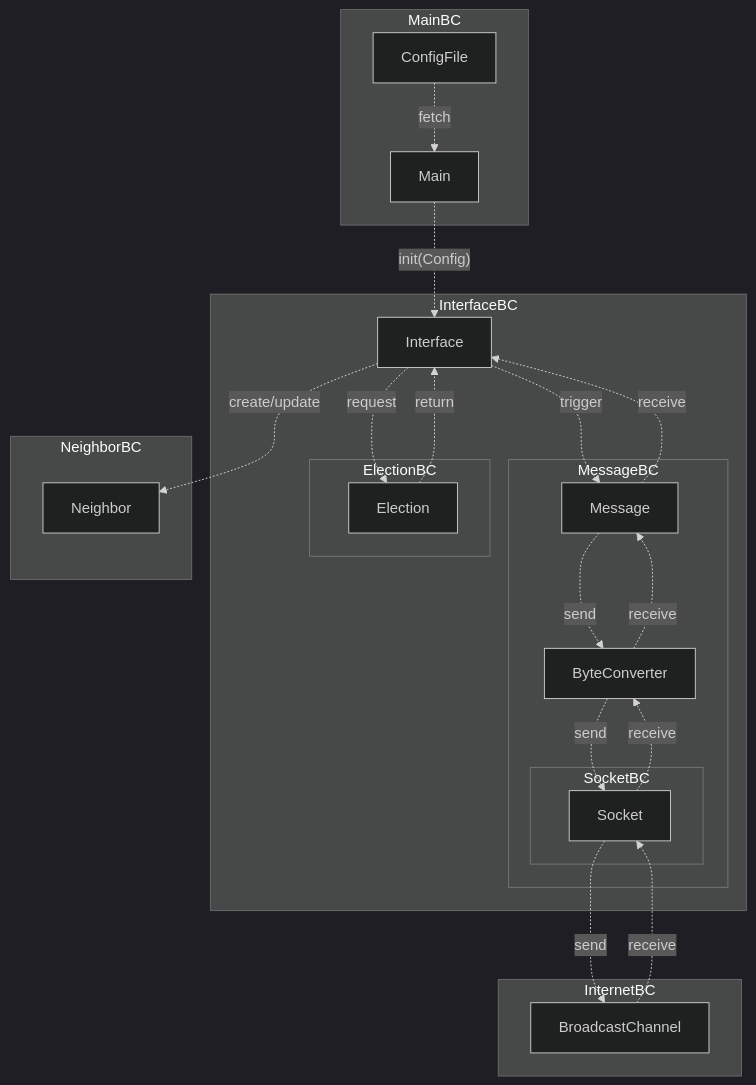
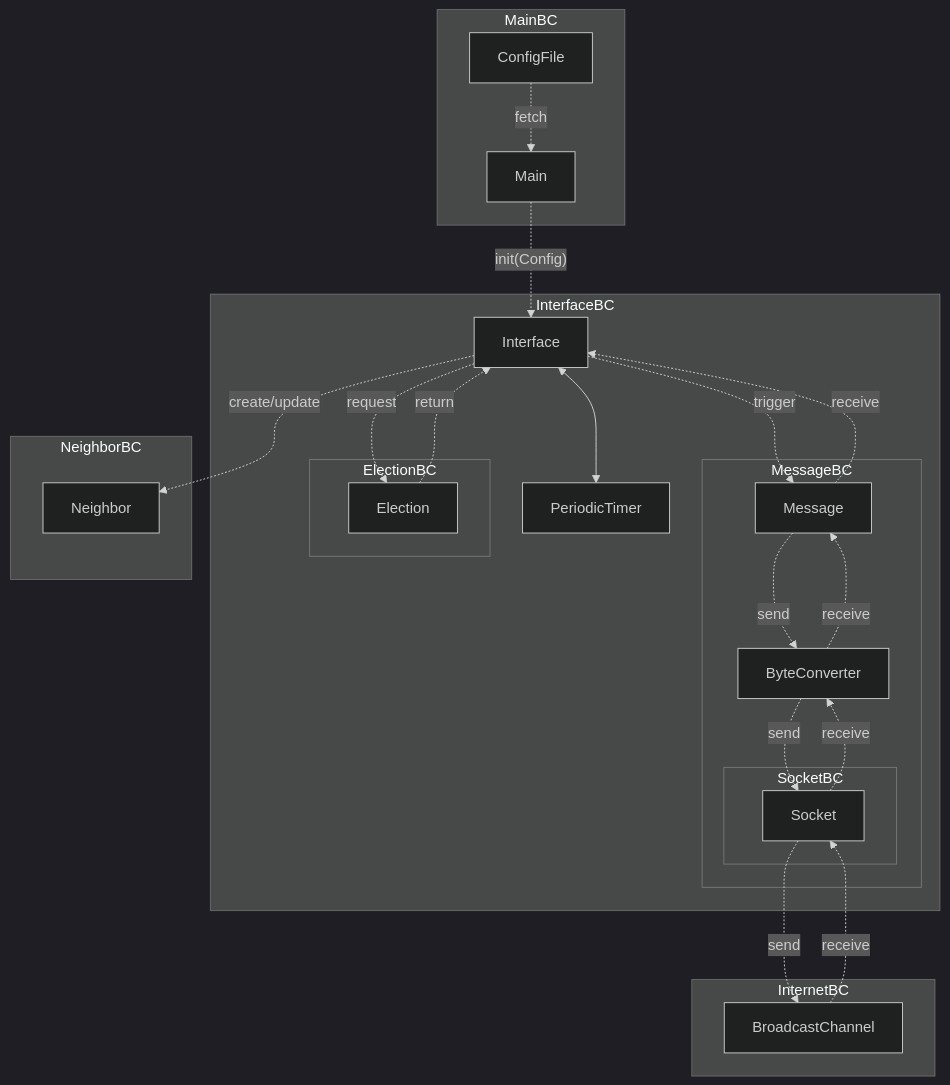
One commit to aniemela-cloud/uh-ds-g9-project changed the diagram in Documentation/Graphs/TopLevelFlow.md. Above: the diagram before and after it, drawn with Mermaid (dark theme).

Commit message:
Added PeriodicTimer

````diff
--- a/Documentation/Graphs/TopLevelFlow.md
+++ b/Documentation/Graphs/TopLevelFlow.md
@@ -1,58 +1,61 @@
 ```mermaid
 
 flowchart TB
 
   subgraph MainBC
     Main[Main]
     File[ConfigFile]
     %%RouterEvent
   end
 
   subgraph InterfaceBC
     Interface[Interface]
+    PeriodicTimer
     %%InterfaceEvent
 
     subgraph MessageBC
       Message[Message]
       ByteConverter[ByteConverter]
 
       subgraph SocketBC
         Socket[Socket]
       end
     end
 
     subgraph ElectionBC
       Election[Election]
     end
   end
   subgraph NeighborBC
     Neighbor[Neighbor]
     %%NeighborEvent
   end
   subgraph InternetBC
     Broadcast[BroadcastChannel]
   end
 
   File -.fetch.-> Main
   Main -.init(Config).-> Interface
 
   Interface -.trigger.-> Message
   Message -.send.-> ByteConverter
   ByteConverter -.send.-> Socket
   Socket -.send.-> Broadcast
 
   Broadcast -.receive.-> Socket
   Socket -.receive.-> ByteConverter
   ByteConverter -.receive.-> Message
   Message -.receive.-> Interface
 
   Interface -.request.-> Election
   Election -.return.-> Interface
   Interface -.create/update.-> Neighbor
 
+  Interface <--> PeriodicTimer
+
   %%Interface<-->InterfaceEvent
   %%Neighbor<-->NeighborEvent
   %%Interface-->NeighborEvent
   %%InterfaceEvent-->RouterEvent
   %%NeighborEvent-->RouterEvent
 ```
````
